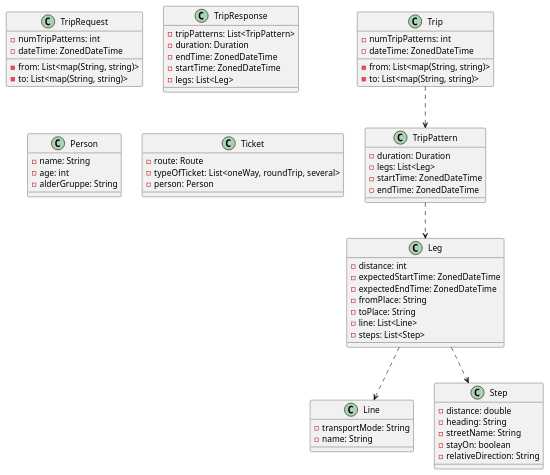
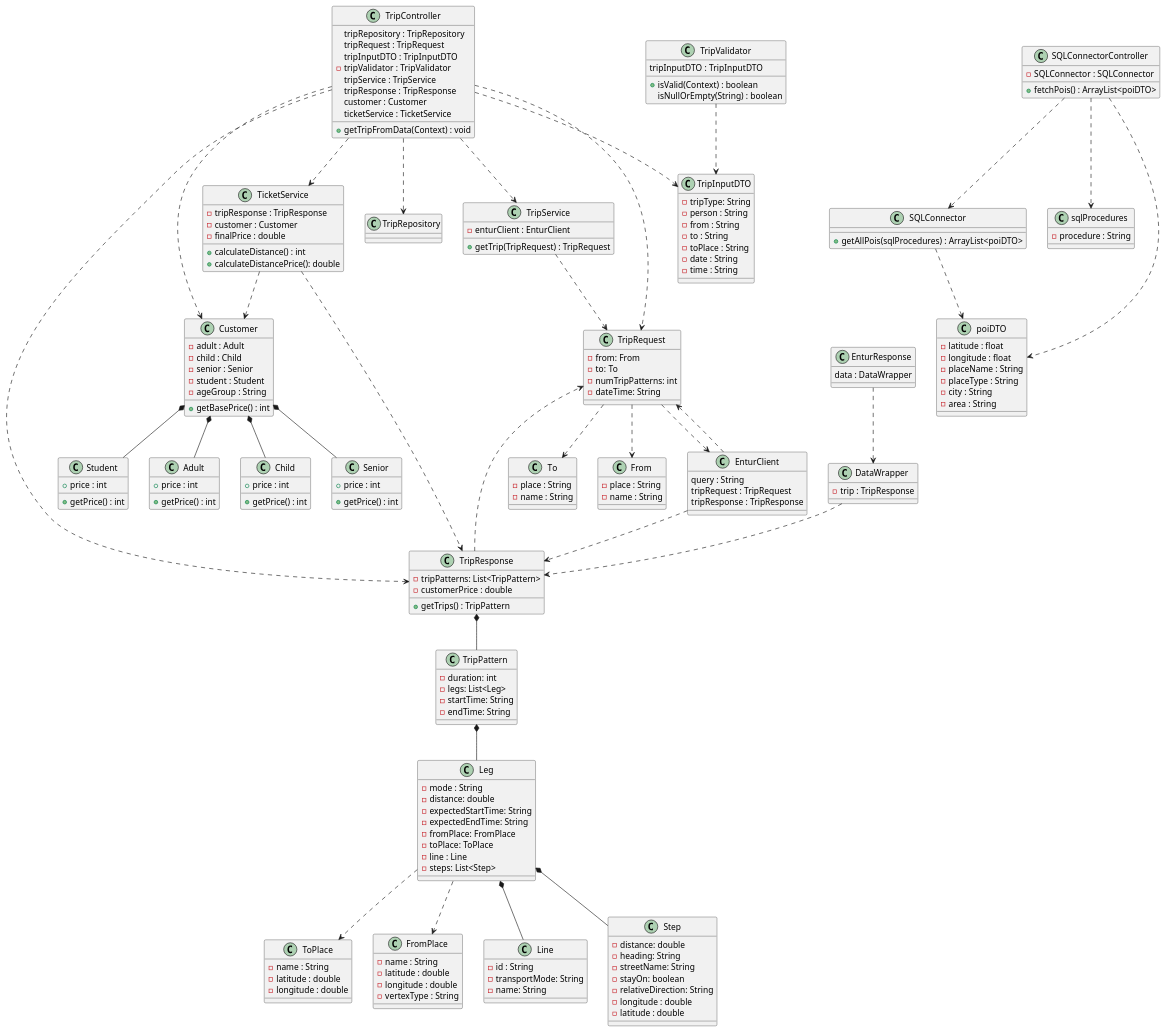
One commit to nafisaaay/SET-group-7 changed the diagram in backend/src/modellering/TripClasses.puml. Above: the diagram before and after it, drawn with PlantUML. The commit also changed 5 other files, not shown here.

Commit message:
fix: klassediagram

```diff
--- a/backend/src/modellering/TripClasses.puml
+++ b/backend/src/modellering/TripClasses.puml
@@ -1,31 +1,48 @@
 @startuml
 'https://plantuml.com/class-diagram
 
-class Trip {
-    - from: List<map(String, string)>
-    - to: List<map(String, string)>
-    - numTripPatterns: int
-    - dateTime: ZonedDateTime
+
+
+class To{
+    - place : String
+    - name : String
+}
+class ToPlace{
+    - name : String
+    - latitude : double
+    - longitude : double
+}
+class From{
+    - place : String
+    - name : String
+}
+class FromPlace{
+    - name : String
+    - latitude : double
+    - longitude : double
+    - vertexType : String
 }
 
 class TripPattern {
-    - duration: Duration
+    - duration: int
     - legs: List<Leg>
-    - startTime: ZonedDateTime
-    - endTime: ZonedDateTime
+    - startTime: String
+    - endTime: String
 }
 
 class Leg {
-    - distance: int
-    - expectedStartTime: ZonedDateTime
-    - expectedEndTime: ZonedDateTime
-    - fromPlace: String
-    - toPlace: String
-    - line: List<Line>
+    - mode : String
+    - distance: double
+    - expectedStartTime: String
+    - expectedEndTime: String
+    - fromPlace: FromPlace
+    - toPlace: ToPlace
+    - line : Line
     - steps: List<Step>
 }
 
 class Line {
+    - id : String
     - transportMode: String
     - name: String
 }
@@ -36,39 +53,168 @@
     - streetName: String
     - stayOn: boolean
     - relativeDirection: String
+    - longitude : double
+    - latitude : double
 }
 
 class TripRequest {
-    - from: List<map(String, string)>
-    - to: List<map(String, string)>
+    - from: From
+    - to: To
     - numTripPatterns: int
-    - dateTime: ZonedDateTime
+    - dateTime: String
 }
 
 class TripResponse {
     - tripPatterns: List<TripPattern>
-    - duration: Duration
-    - endTime: ZonedDateTime
-    - startTime: ZonedDateTime
-    - legs: List<Leg>
+    - customerPrice : double
+    + getTrips() : TripPattern
 }
 
-class Person {
-    - name: String
-    - age: int
-    - alderGruppe: String
+class Adult {
+    + price : int
+    + getPrice() : int
+}
+class Child {
+    + price : int
+    + getPrice() : int
+}
+class Senior {
+     + price : int
+     + getPrice() : int
+
 }
 
-class Ticket {
-    - route: Route
-    - typeOfTicket: List<oneWay, roundTrip, several>
-    - person: Person
+class Student {
+     + price : int
+     + getPrice() : int
+
 }
 
-Trip ..> TripPattern
-TripPattern ..> Leg
-Leg ..> Line
-Leg ..> Step
+class Customer {
+    - adult : Adult
+    - child : Child
+    - senior : Senior
+    - student : Student
+    - ageGroup : String
+   + getBasePrice() : int
+}
+
+
+class TicketService {
+    - tripResponse : TripResponse
+    - customer : Customer
+    - finalPrice : double
+    + calculateDistance() : int
+    + calculateDistancePrice(): double
+}
+
+class TripInputDTO{
+    - tripType: String
+    - person : String
+    - from : String
+    - to : String
+    - toPlace : String
+    - date : String
+    - time : String
+}
+
+class TripController{
+    tripRepository : TripRepository
+    tripRequest : TripRequest
+    tripInputDTO : TripInputDTO
+    - tripValidator : TripValidator
+    tripService : TripService
+    tripResponse : TripResponse
+    customer : Customer
+    ticketService : TicketService
+    + getTripFromData(Context) : void
+}
+
+class TripRepository{
+
+}
+
+class TripValidator{
+    tripInputDTO : TripInputDTO
+    + isValid(Context) : boolean
+    isNullOrEmpty(String) : boolean
+}
+
+class TripService{
+    - enturClient : EnturClient
+    + getTrip(TripRequest) : TripRequest
+}
+
+class EnturClient{
+    query : String
+    tripRequest : TripRequest
+    tripResponse : TripResponse
+}
+class EnturResponse {
+    data : DataWrapper
+}
+
+class DataWrapper{
+    - trip : TripResponse
+}
+
+class SQLConnector{
+    + getAllPois(sqlProcedures) : ArrayList<poiDTO>
+}
+
+class sqlProcedures{
+    - procedure : String
+}
+
+
+class poiDTO{
+    - latitude : float
+    - longitude : float
+    - placeName : String
+    - placeType : String
+    - city : String
+    - area : String
+
+}
+class SQLConnectorController{
+    - SQLConnector : SQLConnector
+    + fetchPois() : ArrayList<poiDTO>
+}
+
+TripPattern *-- Leg
+Leg *-- Step
+Leg *-- Line
+
+Customer *-- Adult
+Customer *-- Child
+Customer *-- Senior
+Customer *-- Student
+TicketService ..> Customer
+TicketService ..> TripResponse
+TripResponse *-- TripPattern
+TripResponse ..> TripRequest
+Leg ..> FromPlace
+Leg ..> ToPlace
+TripRequest ..> To
+TripRequest ..> From
+TripRequest ..> EnturClient
+TripValidator ..> TripInputDTO
+TripController ..> TripInputDTO
+TripController ..> TripResponse
+TripController ..> TripRequest
+TripController ..> TripService
+TripController ..> TicketService
+TripController ..> Customer
+TripController ..> TripRepository
+EnturResponse ..> DataWrapper
+EnturClient ..> TripRequest
+EnturClient ..> TripResponse
+TripService ..> TripRequest
+DataWrapper ..> TripResponse
+SQLConnectorController ..> SQLConnector
+SQLConnectorController ..> sqlProcedures
+SQLConnectorController ..> poiDTO
+SQLConnector ..> poiDTO
 
 
 @enduml
```
